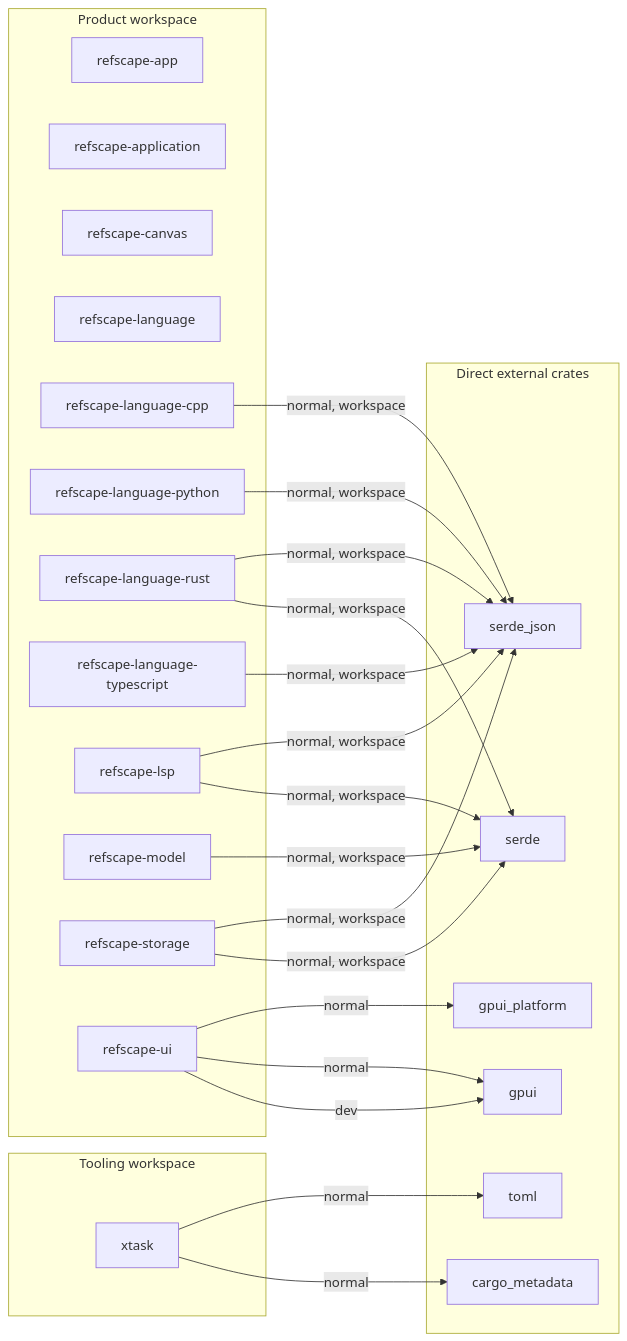
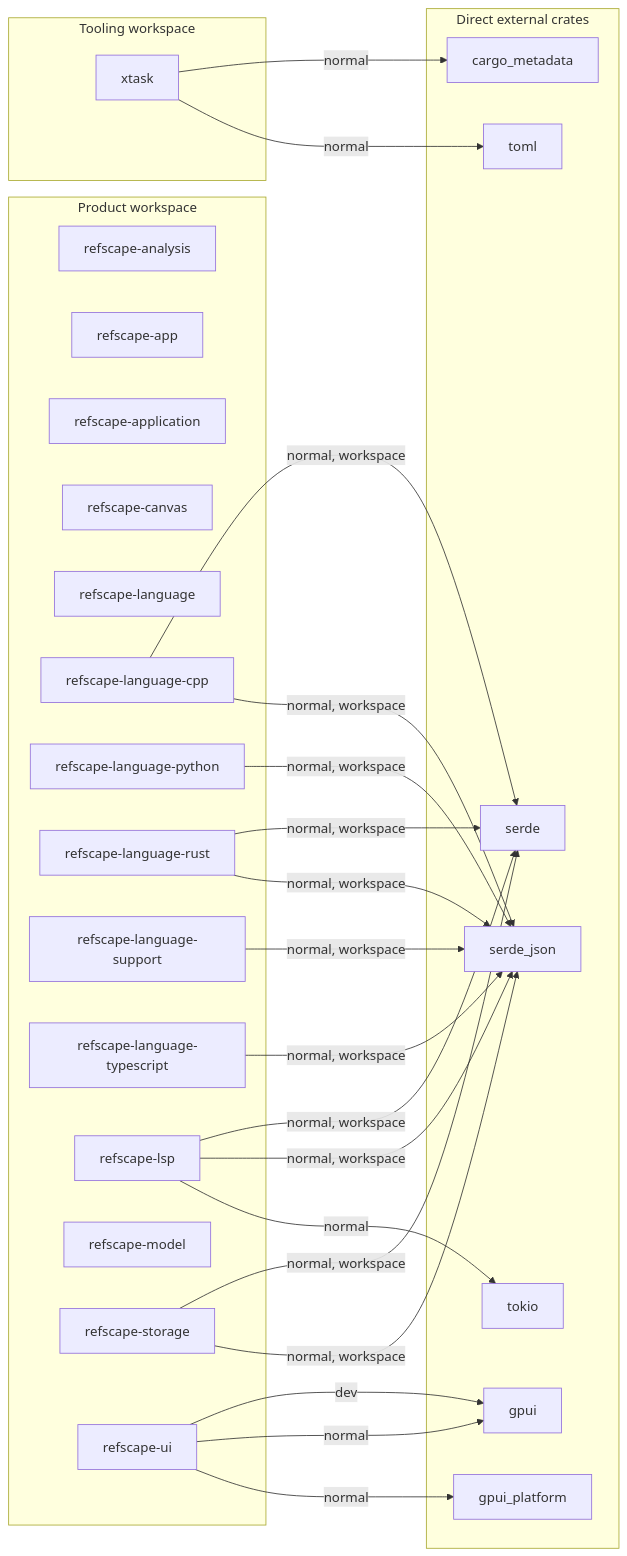
Before and after one commit to Kashiwade-music/refscape: the second of 2 diagrams in docs/dependency-graph.md, drawn with Mermaid. The commit also changed other lines of this file and 181 other files, not shown here.

````diff
--- a/docs/dependency-graph.md
+++ b/docs/dependency-graph.md
@@ -72,43 +86,48 @@
 ```mermaid
 flowchart LR
     subgraph product["Product workspace"]
+        refscape_analysis["refscape-analysis"]
         refscape_app["refscape-app"]
         refscape_application["refscape-application"]
         refscape_canvas["refscape-canvas"]
         refscape_language["refscape-language"]
         refscape_language_cpp["refscape-language-cpp"]
         refscape_language_python["refscape-language-python"]
         refscape_language_rust["refscape-language-rust"]
+        refscape_language_support["refscape-language-support"]
         refscape_language_typescript["refscape-language-typescript"]
         refscape_lsp["refscape-lsp"]
         refscape_model["refscape-model"]
         refscape_storage["refscape-storage"]
         refscape_ui["refscape-ui"]
     end
     subgraph tooling["Tooling workspace"]
         xtask["xtask"]
     end
     subgraph external["Direct external crates"]
         external_0["cargo_metadata"]
         external_1["gpui"]
         external_2["gpui_platform"]
         external_3["serde"]
         external_4["serde_json"]
-        external_5["toml"]
+        external_5["tokio"]
+        external_6["toml"]
     end
+    refscape_language_cpp -->|"normal, workspace"| external_3
     refscape_language_cpp -->|"normal, workspace"| external_4
     refscape_language_python -->|"normal, workspace"| external_4
     refscape_language_rust -->|"normal, workspace"| external_3
     refscape_language_rust -->|"normal, workspace"| external_4
+    refscape_language_support -->|"normal, workspace"| external_4
     refscape_language_typescript -->|"normal, workspace"| external_4
     refscape_lsp -->|"normal, workspace"| external_3
     refscape_lsp -->|"normal, workspace"| external_4
-    refscape_model -->|"normal, workspace"| external_3
+    refscape_lsp -->|"normal"| external_5
     refscape_storage -->|"normal, workspace"| external_3
     refscape_storage -->|"normal, workspace"| external_4
     refscape_ui -->|"dev"| external_1
     refscape_ui -->|"normal"| external_1
     refscape_ui -->|"normal"| external_2
     xtask -->|"normal"| external_0
-    xtask -->|"normal"| external_5
+    xtask -->|"normal"| external_6
 ```
````
